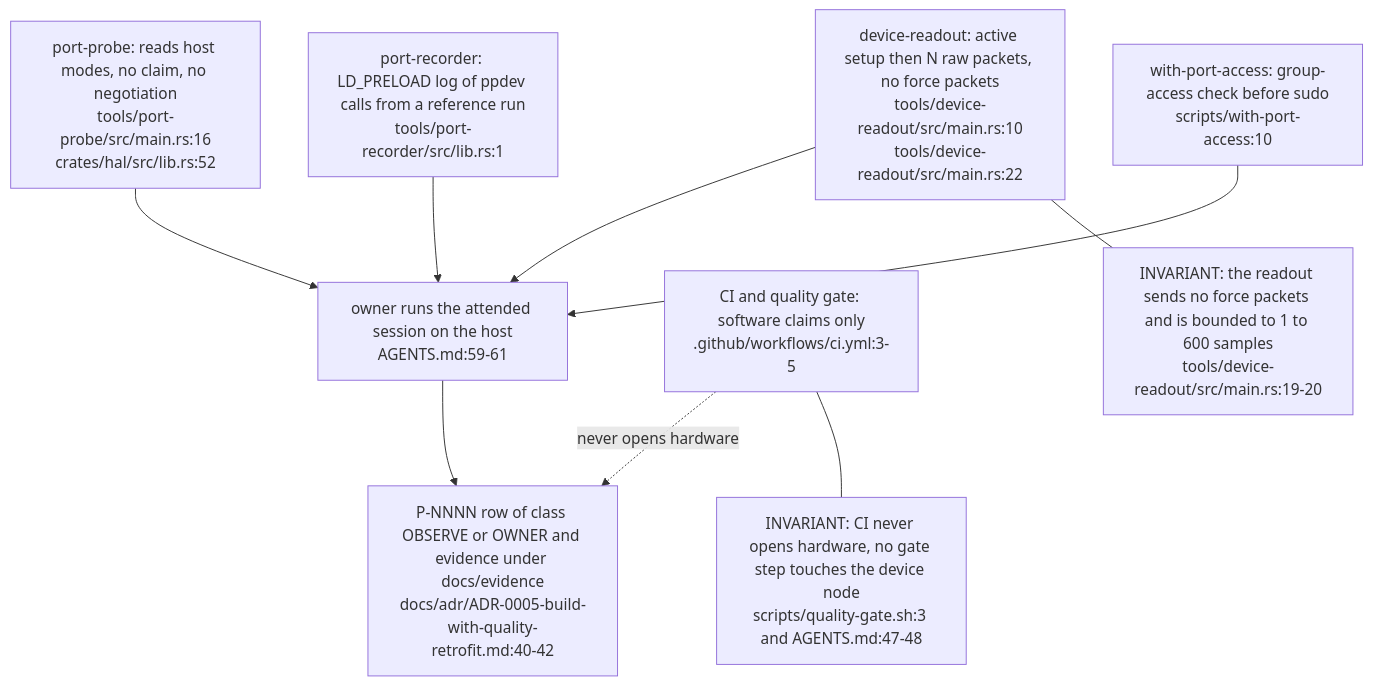
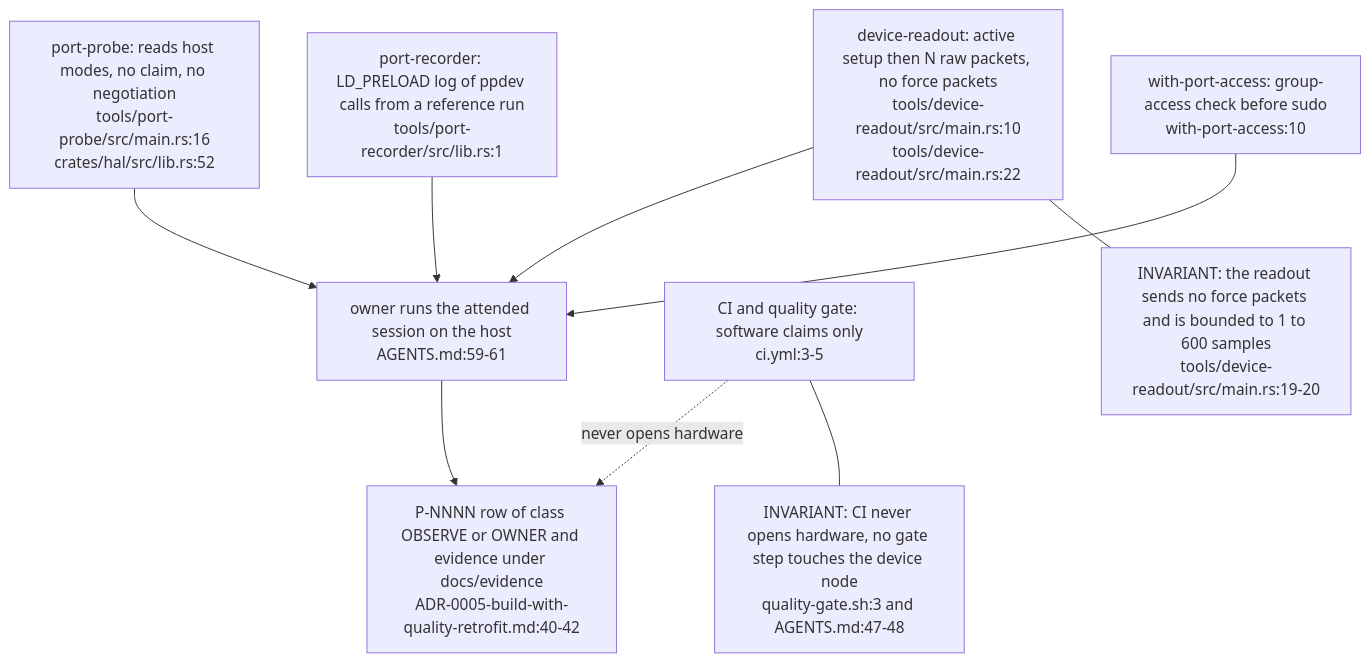
The first of 4 diagrams in docs/diagrams/visiontouch-rs/06-tools-and-evidence-path.md (DreamLab-AI/VisionFlow), drawn with Mermaid before and after one commit. The commit also changed other lines of this file and 27 other files, not shown here.

````diff
--- a/docs/diagrams/visiontouch-rs/06-tools-and-evidence-path.md
+++ b/docs/diagrams/visiontouch-rs/06-tools-and-evidence-path.md
@@ -36,20 +38,20 @@
 ```mermaid
 flowchart TB
     PR["port-probe: reads host modes, no claim, no negotiation<br/>tools/port-probe/src/main.rs:16<br/>crates/hal/src/lib.rs:52"]
     RO["device-readout: active setup then N raw packets, no force packets<br/>tools/device-readout/src/main.rs:10<br/>tools/device-readout/src/main.rs:22"]
     RC["port-recorder: LD_PRELOAD log of ppdev calls from a reference run<br/>tools/port-recorder/src/lib.rs:1"]
-    WPA["with-port-access: group-access check before sudo<br/>scripts/with-port-access:10"]
+    WPA["with-port-access: group-access check before sudo<br/>with-port-access:10"]
     OWN["owner runs the attended session on the host<br/>AGENTS.md:59-61"]
-    EV["P-NNNN row of class OBSERVE or OWNER and evidence under docs/evidence<br/>docs/adr/ADR-0005-build-with-quality-retrofit.md:40-42"]
-    CI["CI and quality gate: software claims only<br/>.github/workflows/ci.yml:3-5"]
+    EV["P-NNNN row of class OBSERVE or OWNER and evidence under docs/evidence<br/>ADR-0005-build-with-quality-retrofit.md:40-42"]
+    CI["CI and quality gate: software claims only<br/>ci.yml:3-5"]
     PR --> OWN
     RO --> OWN
     RC --> OWN
     WPA --> OWN
     OWN --> EV
     CI -. "never opens hardware" .-> EV
-    N1["INVARIANT: CI never opens hardware, no gate step touches the device node<br/>scripts/quality-gate.sh:3 and AGENTS.md:47-48"]
+    N1["INVARIANT: CI never opens hardware, no gate step touches the device node<br/>quality-gate.sh:3 and AGENTS.md:47-48"]
     N2["INVARIANT: the readout sends no force packets and is bounded to 1 to 600 samples<br/>tools/device-readout/src/main.rs:19-20"]
     CI --- N1
     RO --- N2
 ```
````
